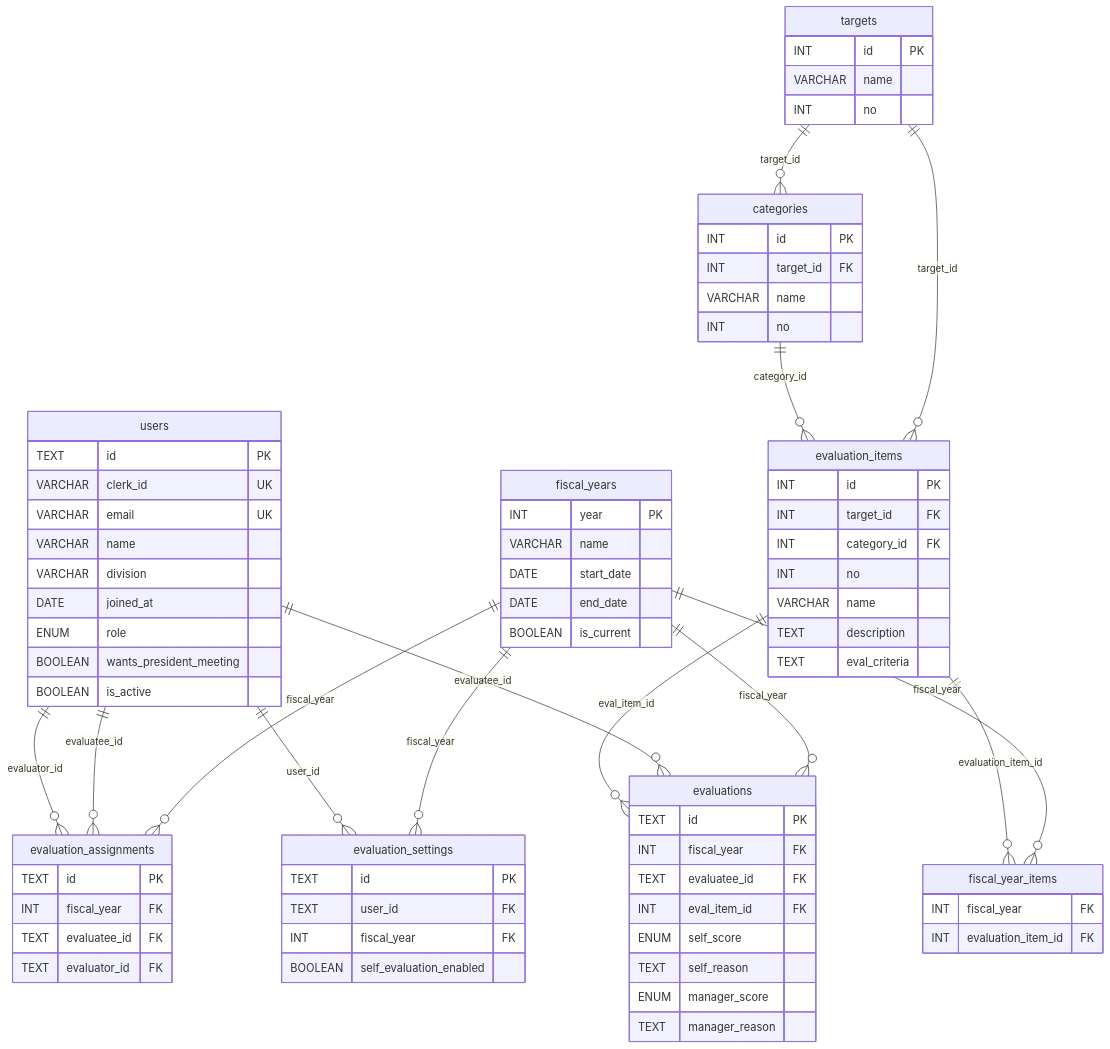
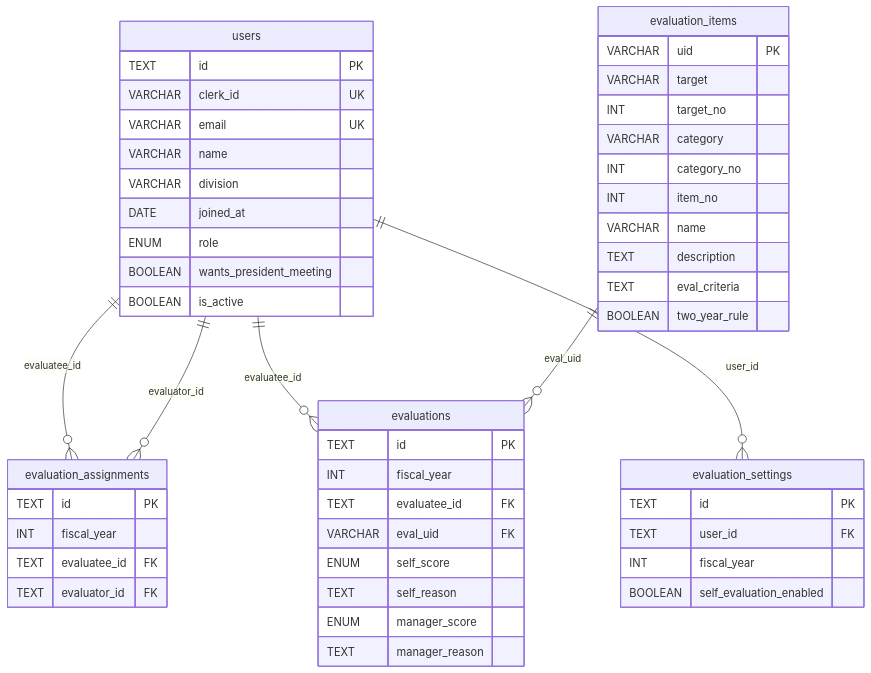
One commit to ot-nemoto/eval-hub changed the diagram in docs/schema.md. Above: the diagram before and after it, drawn with Mermaid. The commit also changed other lines of this file and 63 other files, not shown here.

First line of the commit message:
Revert "feat: 評価項目マスタ拡張（targets/categories 外部キー化）"

````diff
--- a/docs/schema.md
+++ b/docs/schema.md
@@ -36,81 +32,55 @@
 ```mermaid
 erDiagram
     users {
         TEXT id PK
         VARCHAR clerk_id UK
         VARCHAR email UK
         VARCHAR name
         VARCHAR division
         DATE joined_at
         ENUM role
         BOOLEAN wants_president_meeting
         BOOLEAN is_active
     }
-    fiscal_years {
-        INT year PK
-        VARCHAR name
-        DATE start_date
-        DATE end_date
-        BOOLEAN is_current
-    }
-    fiscal_year_items {
-        INT fiscal_year FK
-        INT evaluation_item_id FK
-    }
     evaluation_assignments {
         TEXT id PK
-        INT fiscal_year FK
+        INT fiscal_year
         TEXT evaluatee_id FK
         TEXT evaluator_id FK
     }
-    targets {
-        INT id PK
-        VARCHAR name
-        INT no
-    }
-    categories {
-        INT id PK
-        INT target_id FK
-        VARCHAR name
-        INT no
-    }
     evaluation_items {
-        INT id PK
-        INT target_id FK
-        INT category_id FK
-        INT no
+        VARCHAR uid PK
+        VARCHAR target
+        INT target_no
+        VARCHAR category
+        INT category_no
+        INT item_no
         VARCHAR name
         TEXT description
         TEXT eval_criteria
+        BOOLEAN two_year_rule
     }
     evaluations {
         TEXT id PK
-        INT fiscal_year FK
+        INT fiscal_year
         TEXT evaluatee_id FK
-        INT eval_item_id FK
+        VARCHAR eval_uid FK
         ENUM self_score
         TEXT self_reason
         ENUM manager_score
         TEXT manager_reason
     }
+
     evaluation_settings {
         TEXT id PK
         TEXT user_id FK
-        INT fiscal_year FK
+        INT fiscal_year
         BOOLEAN self_evaluation_enabled
     }
 
-    fiscal_years ||--o{ fiscal_year_items : "fiscal_year"
-    fiscal_years ||--o{ evaluation_assignments : "fiscal_year"
-    fiscal_years ||--o{ evaluations : "fiscal_year"
-    fiscal_years ||--o{ evaluation_settings : "fiscal_year"
-    targets ||--o{ categories : "target_id"
-    targets ||--o{ evaluation_items : "target_id"
-    categories ||--o{ evaluation_items : "category_id"
-    evaluation_items ||--o{ fiscal_year_items : "evaluation_item_id"
     users ||--o{ evaluation_assignments : "evaluatee_id"
     users ||--o{ evaluation_assignments : "evaluator_id"
     users ||--o{ evaluations : "evaluatee_id"
     users ||--o{ evaluation_settings : "user_id"
-    evaluation_items ||--o{ evaluations : "eval_item_id"
+    evaluation_items ||--o{ evaluations : "eval_uid"
 ```
````
